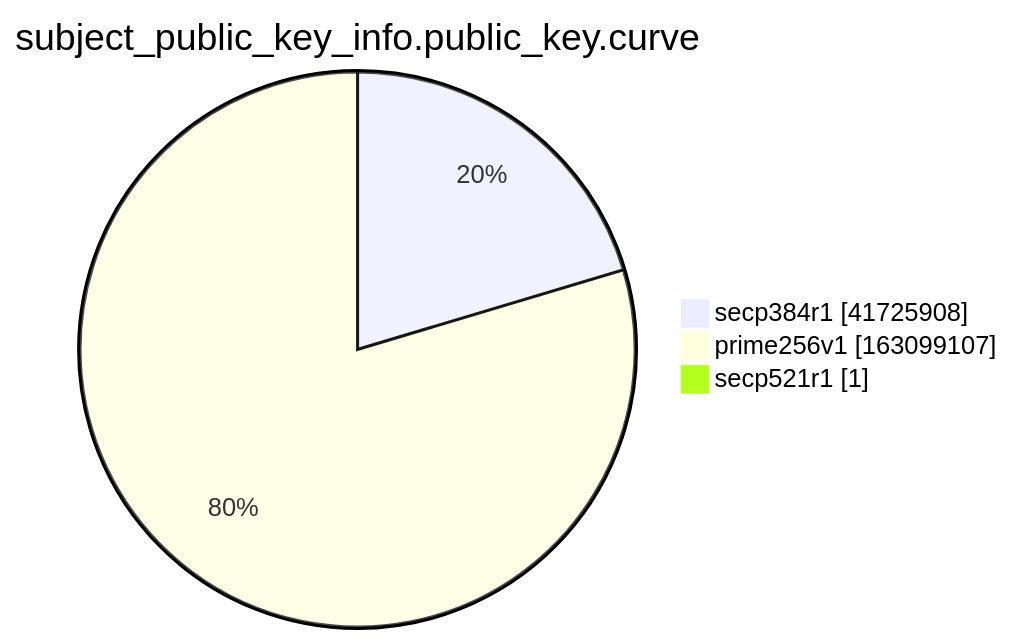
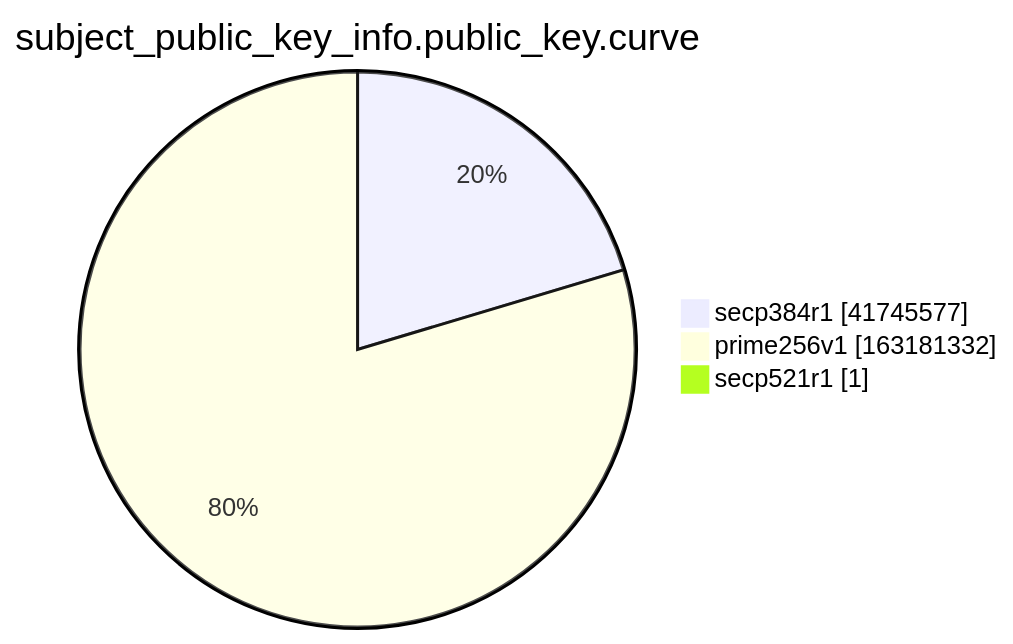
One commit to christiankrug/ctmonitor_visualization changed the ninth of 15 diagrams in xenon2022/README.md. Above: the diagram before and after it, drawn with Mermaid. The commit also changed other lines of this file, not shown here.

````diff
--- a/xenon2022/README.md
+++ b/xenon2022/README.md
@@ -2868,7 +2868,7 @@
 ```mermaid
 pie showData
 title subject_public_key_info.public_key.curve
-"secp384r1" :41725908
-"prime256v1" :163099107
+"secp384r1" :41745577
+"prime256v1" :163181332
 "secp521r1" :1
 ```
````
